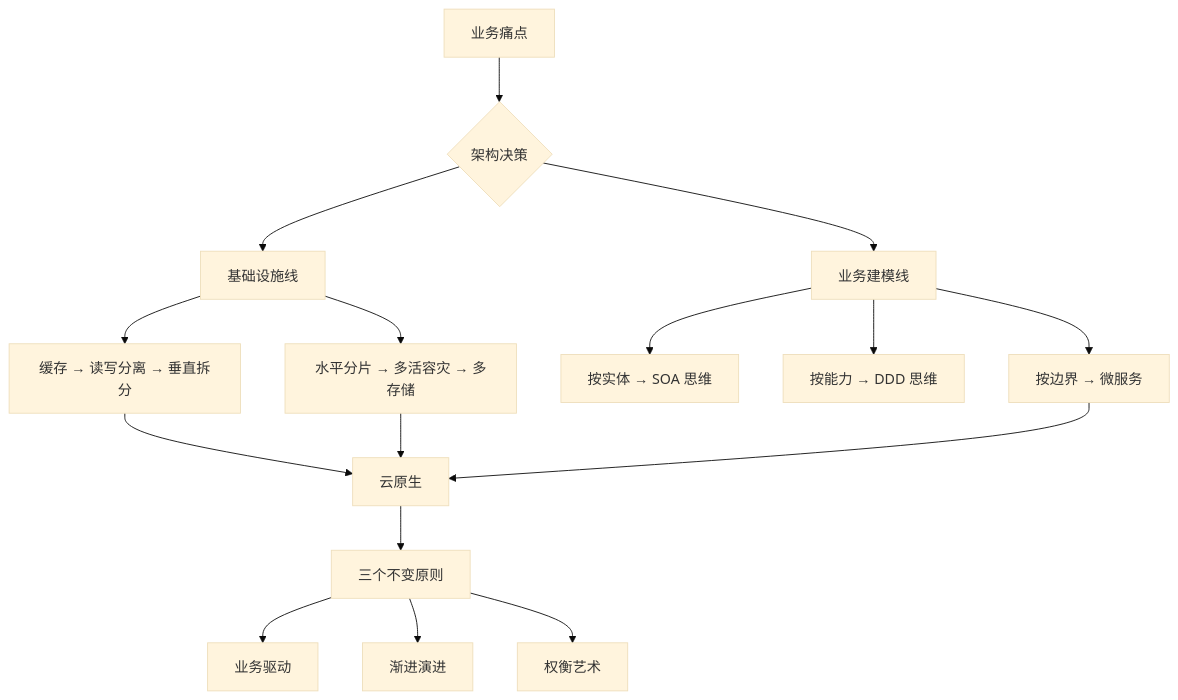
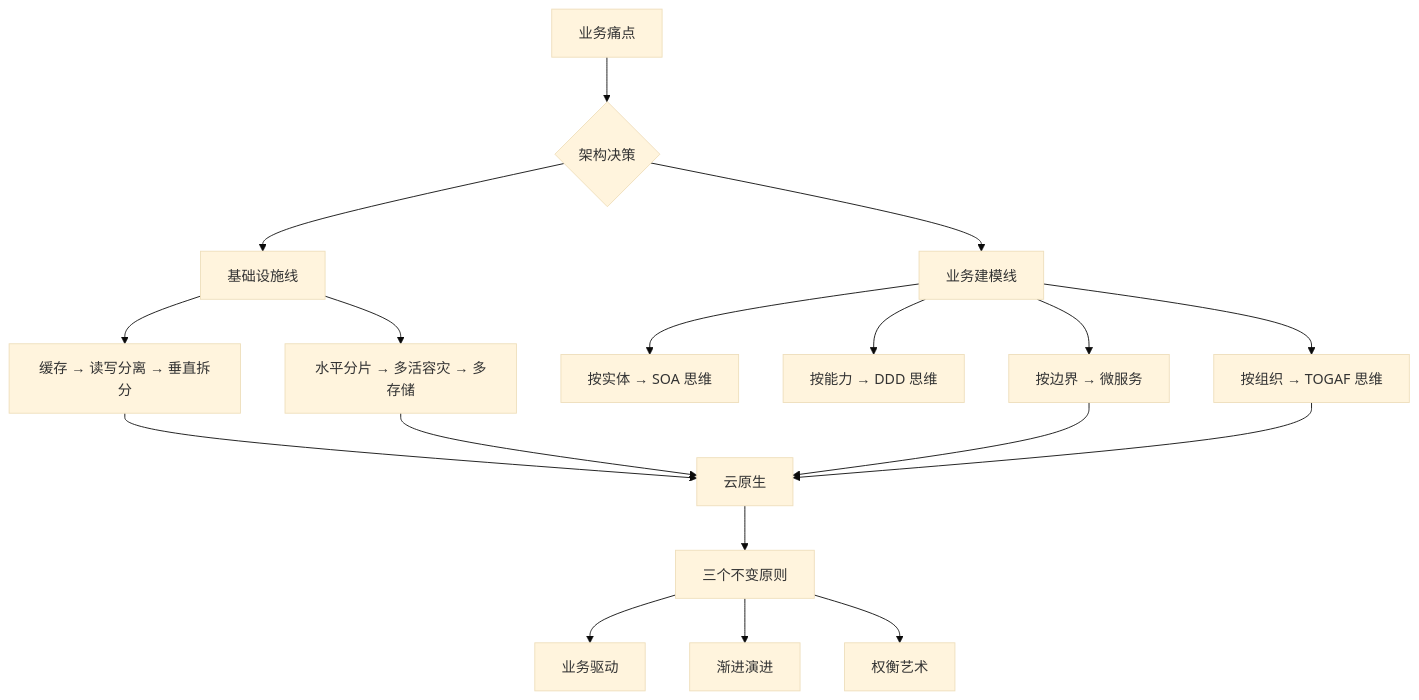
One commit to wb04307201/wb04307201 changed the third of 3 diagrams in note/14.story/02-system-architecture-evolution.md. Above: the diagram before and after it, drawn with Mermaid (base theme). The commit also changed other lines of this file and 2 other files, not shown here.

First line of the commit message:
refactor(architecture): 添加TOGAF企业架构思维阶段并重构架构演进内容

````diff
--- a/note/14.story/02-system-architecture-evolution.md
+++ b/note/14.story/02-system-architecture-evolution.md
@@ -362,18 +444,20 @@
 ```mermaid
 graph TD
     A[业务痛点] --> B{架构决策}
     B --> C[基础设施线]
     B --> D[业务建模线]
     C --> C1[缓存 → 读写分离 → 垂直拆分]
     C --> C2[水平分片 → 多活容灾 → 多存储]
     D --> D1[按实体 → SOA 思维]
     D --> D2[按能力 → DDD 思维]
     D --> D3[按边界 → 微服务]
+    D --> D4[按组织 → TOGAF 思维]
     C1 --> E[云原生]
     C2 --> E
     D3 --> E
+    D4 --> E
     E --> F[三个不变原则]
     F --> G[业务驱动]
     F --> H[渐进演进]
     F --> I[权衡艺术]
 ```
````
